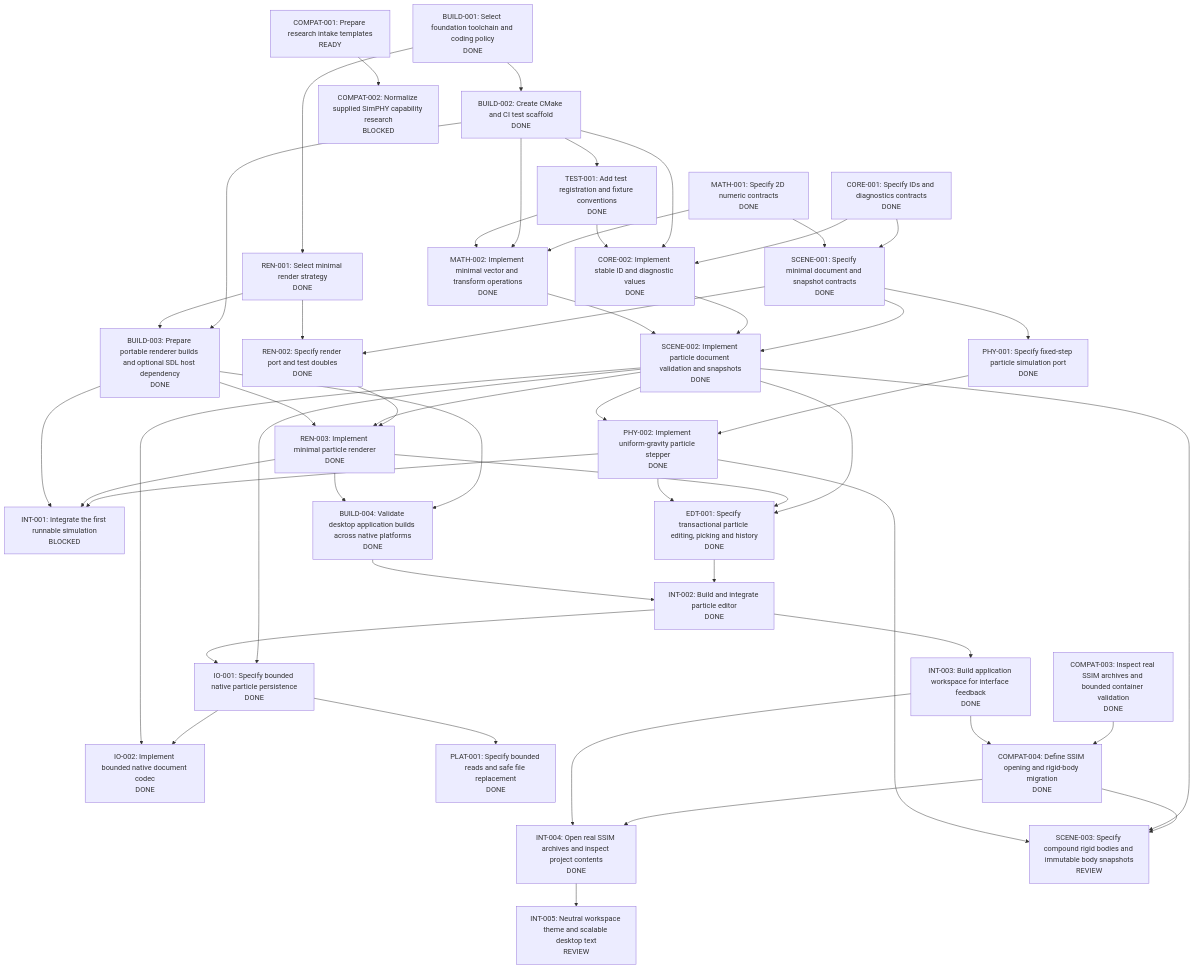
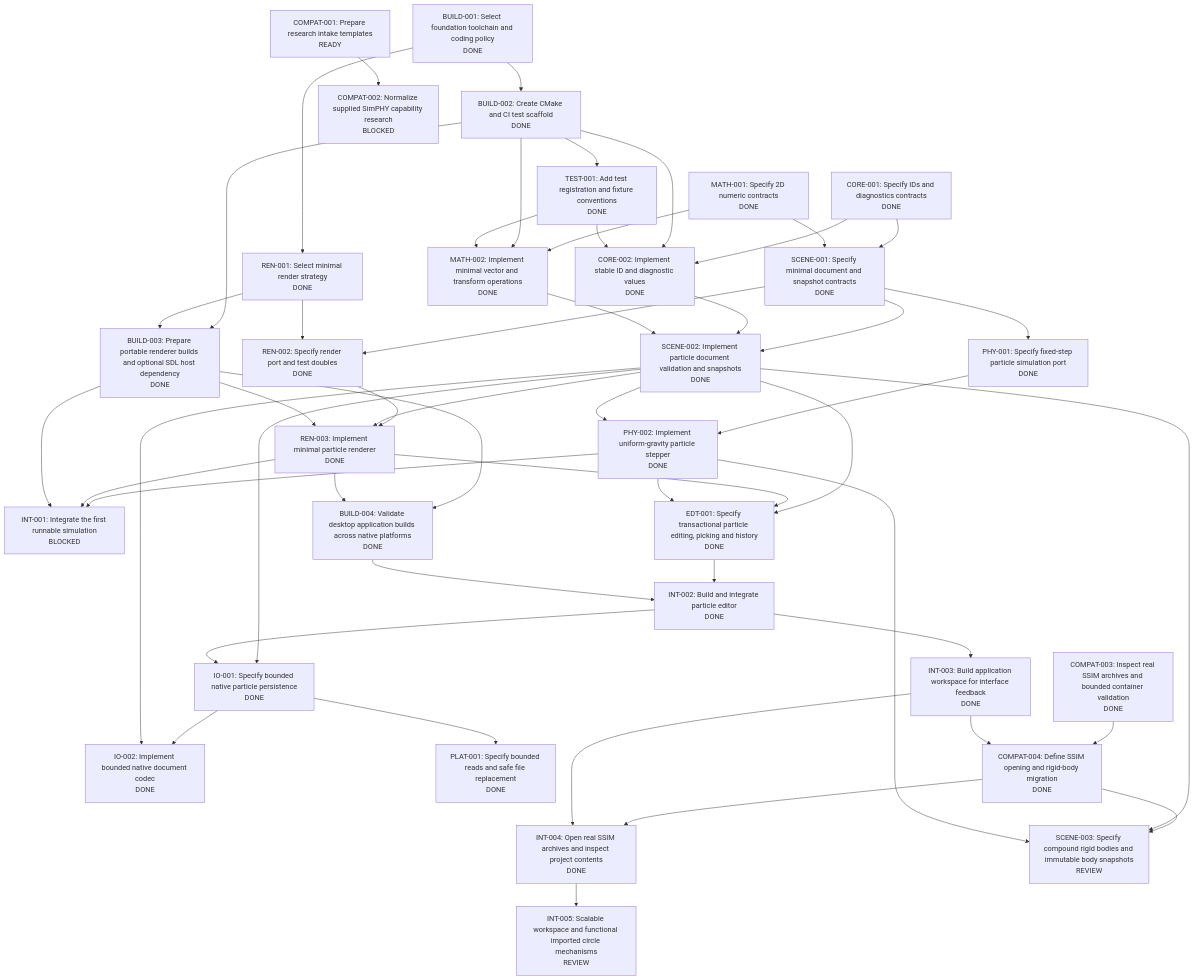
One commit to JnJarvis/open-simphy changed the diagram in tasks/graph.md. Above: the diagram before and after it, drawn with Mermaid. The commit also changed other lines of this file and 2 other files, not shown here.

Commit message:
Record functional Newton cradle integration and passing platform checks

````diff
--- a/tasks/graph.md
+++ b/tasks/graph.md
@@ -9,82 +9,82 @@
 ```mermaid
 flowchart TD
   BUILD_001["BUILD-001: Select foundation toolchain and coding policy<br/>DONE"]
   CORE_001["CORE-001: Specify IDs and diagnostics contracts<br/>DONE"]
   MATH_001["MATH-001: Specify 2D numeric contracts<br/>DONE"]
   REN_001["REN-001: Select minimal render strategy<br/>DONE"]
   COMPAT_001["COMPAT-001: Prepare research intake templates<br/>READY"]
   BUILD_002["BUILD-002: Create CMake and CI test scaffold<br/>DONE"]
   TEST_001["TEST-001: Add test registration and fixture conventions<br/>DONE"]
   CORE_002["CORE-002: Implement stable ID and diagnostic values<br/>DONE"]
   MATH_002["MATH-002: Implement minimal vector and transform operations<br/>DONE"]
   SCENE_001["SCENE-001: Specify minimal document and snapshot contracts<br/>DONE"]
   PHY_001["PHY-001: Specify fixed-step particle simulation port<br/>DONE"]
   REN_002["REN-002: Specify render port and test doubles<br/>DONE"]
   SCENE_002["SCENE-002: Implement particle document validation and snapshots<br/>DONE"]
   PHY_002["PHY-002: Implement uniform-gravity particle stepper<br/>DONE"]
   REN_003["REN-003: Implement minimal particle renderer<br/>DONE"]
   INT_001["INT-001: Integrate the first runnable simulation<br/>BLOCKED"]
   COMPAT_002["COMPAT-002: Normalize supplied SimPHY capability research<br/>BLOCKED"]
   BUILD_003["BUILD-003: Prepare portable renderer builds and optional SDL host dependency<br/>DONE"]
   BUILD_004["BUILD-004: Validate desktop application builds across native platforms<br/>DONE"]
   EDT_001["EDT-001: Specify transactional particle editing, picking and history<br/>DONE"]
   INT_002["INT-002: Build and integrate particle editor<br/>DONE"]
   IO_001["IO-001: Specify bounded native particle persistence<br/>DONE"]
   IO_002["IO-002: Implement bounded native document codec<br/>DONE"]
   PLAT_001["PLAT-001: Specify bounded reads and safe file replacement<br/>DONE"]
   COMPAT_003["COMPAT-003: Inspect real SSIM archives and bounded container validation<br/>DONE"]
   INT_003["INT-003: Build application workspace for interface feedback<br/>DONE"]
   COMPAT_004["COMPAT-004: Define SSIM opening and rigid-body migration<br/>DONE"]
   INT_004["INT-004: Open real SSIM archives and inspect project contents<br/>DONE"]
-  INT_005["INT-005: Neutral workspace theme and scalable desktop text<br/>REVIEW"]
+  INT_005["INT-005: Scalable workspace and functional imported circle mechanisms<br/>REVIEW"]
   SCENE_003["SCENE-003: Specify compound rigid bodies and immutable body snapshots<br/>REVIEW"]
   BUILD_001 --> REN_001
   BUILD_001 --> BUILD_002
   BUILD_002 --> TEST_001
   CORE_001 --> CORE_002
   BUILD_002 --> CORE_002
   TEST_001 --> CORE_002
   MATH_001 --> MATH_002
   BUILD_002 --> MATH_002
   TEST_001 --> MATH_002
   CORE_001 --> SCENE_001
   MATH_001 --> SCENE_001
   SCENE_001 --> PHY_001
   SCENE_001 --> REN_002
   REN_001 --> REN_002
   SCENE_001 --> SCENE_002
   CORE_002 --> SCENE_002
   MATH_002 --> SCENE_002
   PHY_001 --> PHY_002
   SCENE_002 --> PHY_002
   REN_002 --> REN_003
   SCENE_002 --> REN_003
   BUILD_003 --> REN_003
   PHY_002 --> INT_001
   REN_003 --> INT_001
   BUILD_003 --> INT_001
   COMPAT_001 --> COMPAT_002
   BUILD_002 --> BUILD_003
   REN_001 --> BUILD_003
   BUILD_003 --> BUILD_004
   REN_003 --> BUILD_004
   SCENE_002 --> EDT_001
   REN_003 --> EDT_001
   PHY_002 --> EDT_001
   EDT_001 --> INT_002
   BUILD_004 --> INT_002
   SCENE_002 --> IO_001
   INT_002 --> IO_001
   IO_001 --> IO_002
   SCENE_002 --> IO_002
   IO_001 --> PLAT_001
   INT_002 --> INT_003
   COMPAT_003 --> COMPAT_004
   INT_003 --> COMPAT_004
   COMPAT_004 --> INT_004
   INT_003 --> INT_004
   INT_004 --> INT_005
   COMPAT_004 --> SCENE_003
   SCENE_002 --> SCENE_003
   PHY_002 --> SCENE_003
 ```
````
